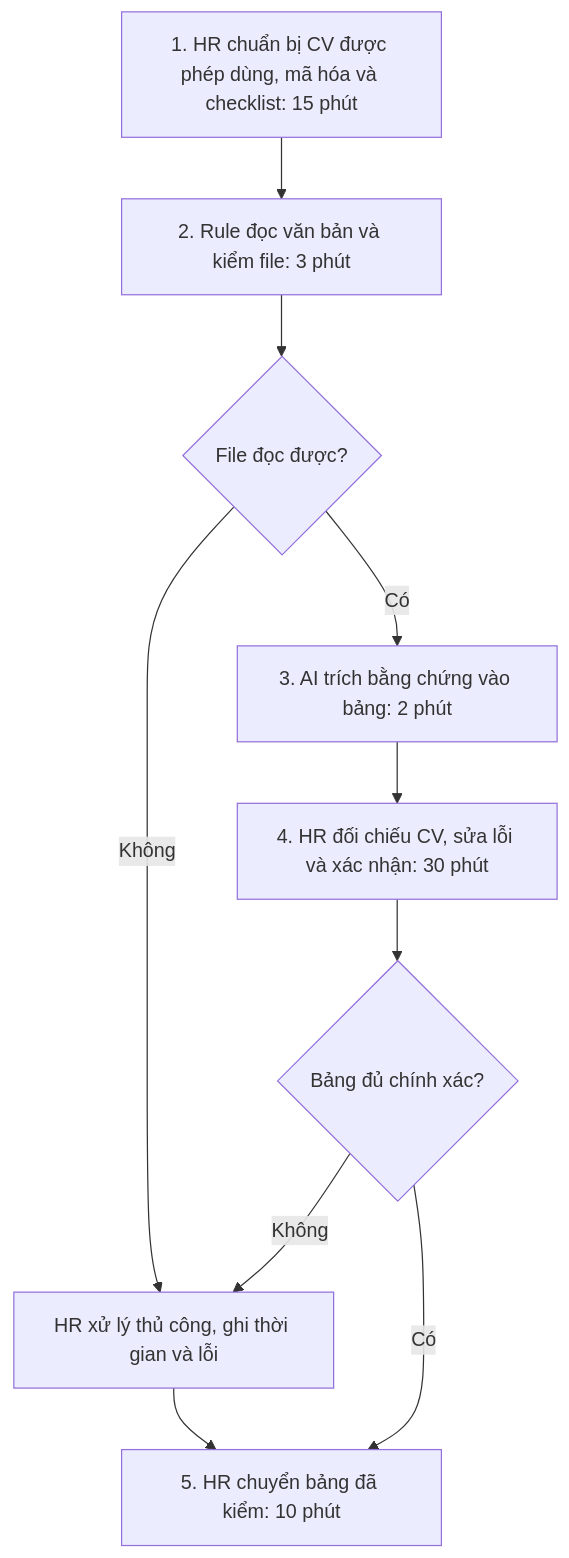
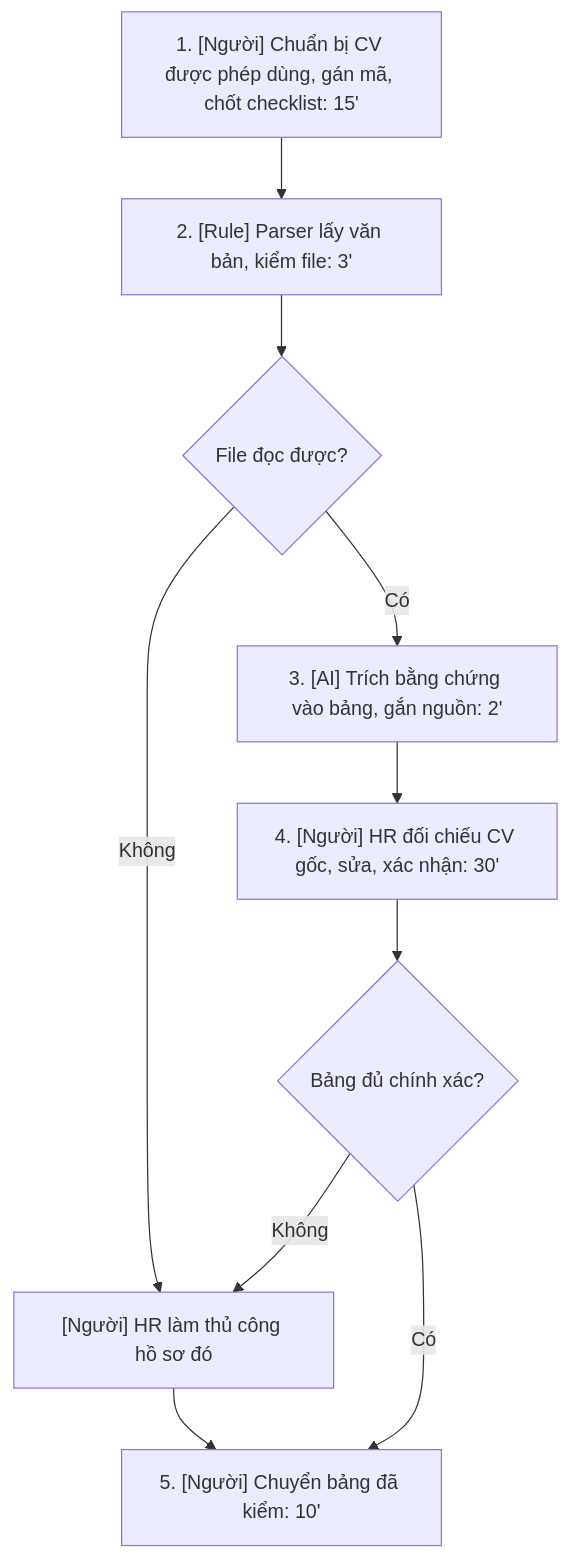
One commit to kyo708/K5-L3A-Day02-Kyori-DiscoveryProblemFraming changed the second of 2 diagrams in report/team/group_report.md. Above: the diagram before and after it, drawn with Mermaid. The commit also changed other lines of this file and 2 other files, not shown here.

````diff
--- a/report/team/group_report.md
+++ b/report/team/group_report.md
@@ -153,12 +175,12 @@
 ```mermaid
 flowchart TD
-  A["1. HR chuẩn bị CV được phép dùng, mã hóa và checklist: 15 phút"] --> B["2. Rule đọc văn bản và kiểm file: 3 phút"]
+  A["1. [Người] Chuẩn bị CV được phép dùng, gán mã, chốt checklist: 15'"] --> B["2. [Rule] Parser lấy văn bản, kiểm file: 3'"]
   B --> C{File đọc được?}
-  C -- Không --> F["HR xử lý thủ công, ghi thời gian và lỗi"]
-  C -- Có --> D["3. AI trích bằng chứng vào bảng: 2 phút"]
-  D --> E["4. HR đối chiếu CV, sửa lỗi và xác nhận: 30 phút"]
+  C -- Không --> F["[Người] HR làm thủ công hồ sơ đó"]
+  C -- Có --> D["3. [AI] Trích bằng chứng vào bảng, gắn nguồn: 2'"]
+  D --> E["4. [Người] HR đối chiếu CV gốc, sửa, xác nhận: 30'"]
   E --> G{Bảng đủ chính xác?}
   G -- Không --> F
-  G -- Có --> H["5. HR chuyển bảng đã kiểm: 10 phút"]
+  G -- Có --> H["5. [Người] Chuyển bảng đã kiểm: 10'"]
   F --> H
 ```
````
